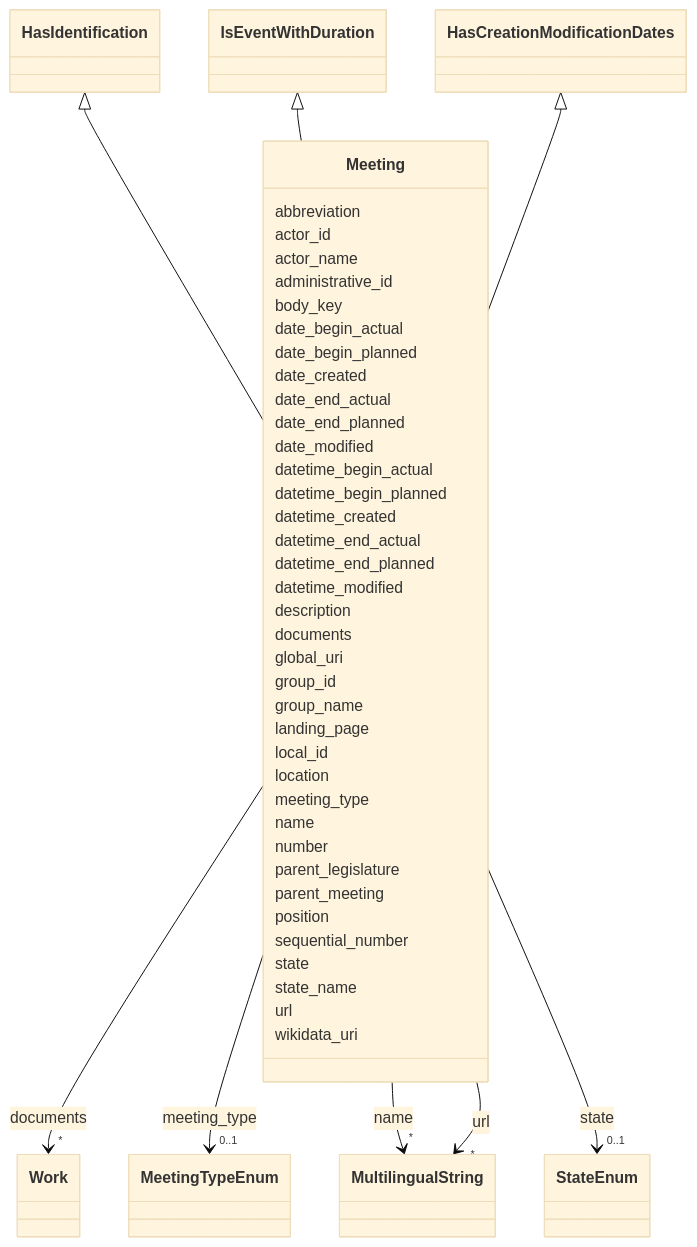
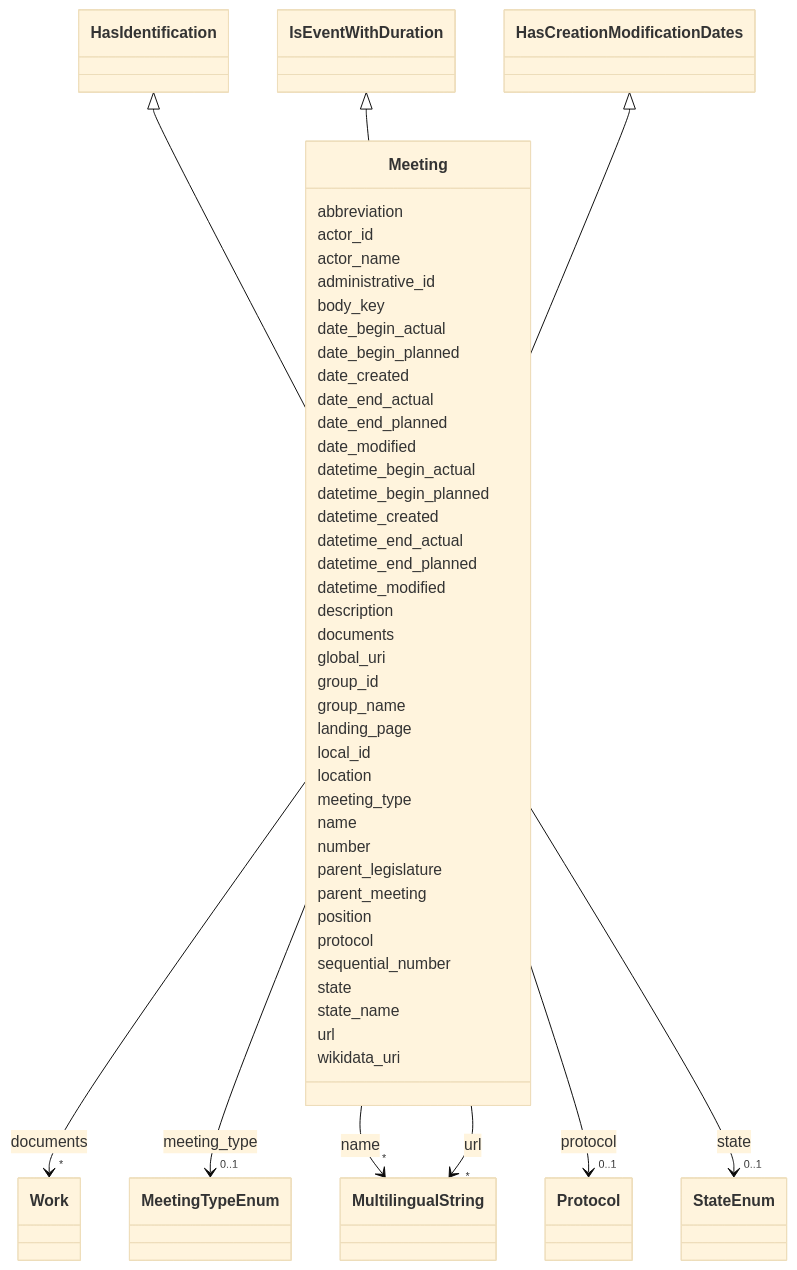
Before and after one commit to swiss/political-affairs-ech-group: the third of 15 diagrams in ech-0293_operations/output/documentation_merged.md, drawn with Mermaid (base theme). The commit also changed other lines of this file and 78 other files, not shown here.

```diff
--- a/ech-0293_operations/output/documentation_merged.md
+++ b/ech-0293_operations/output/documentation_merged.md
@@ -1625,6 +1751,17 @@
         
       Meeting : position
         
+      Meeting : protocol
+        
+          
+    
+        
+        
+        Meeting --> "0..1" Protocol : protocol
+        click Protocol href "../Protocol/"
+    
+
+        
       Meeting : sequential_number
         
       Meeting : state
```
